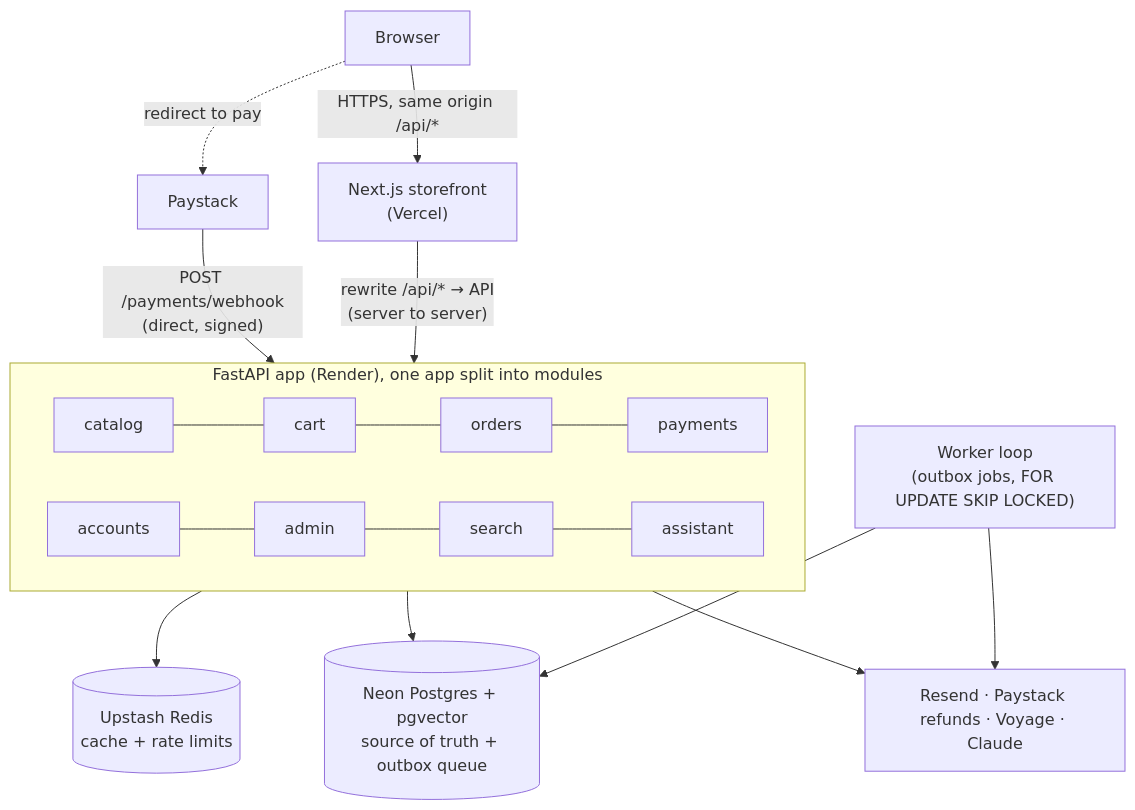
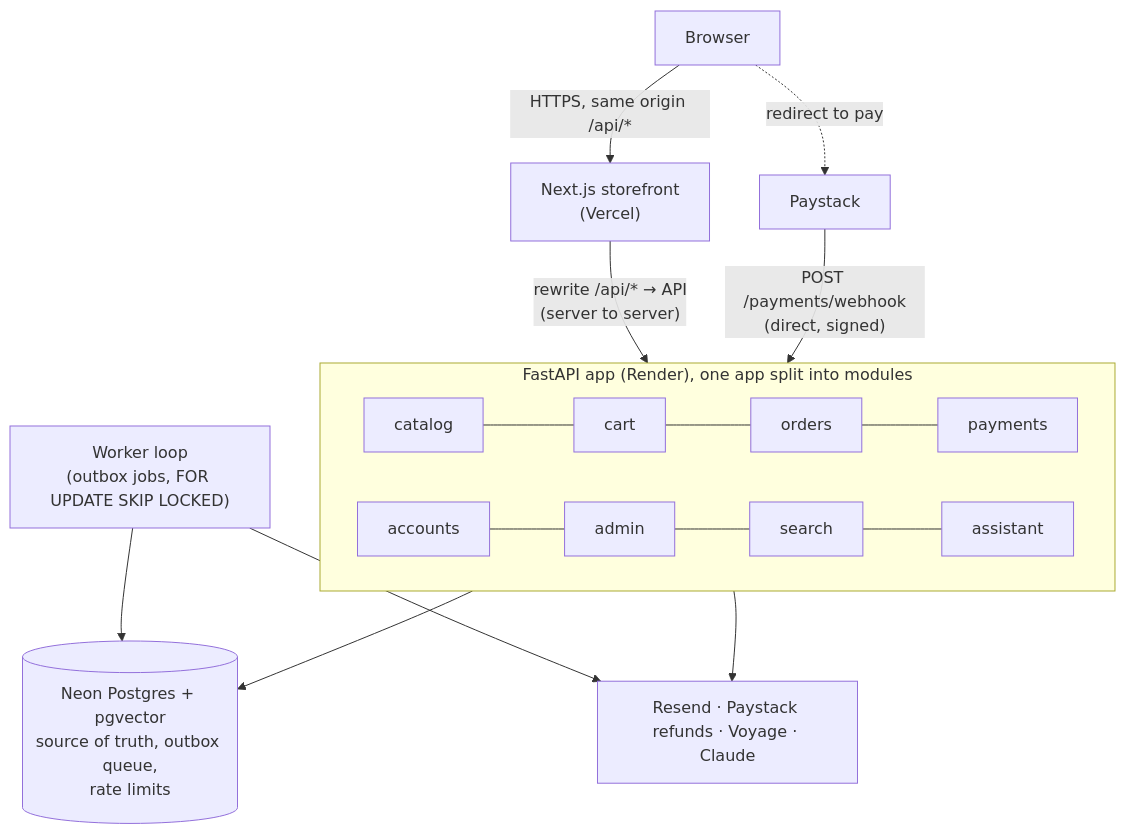
Before and after one commit to Adeyemi-authentic/fashion-store: the first of 4 diagrams in docs/ARCHITECTURE.md, drawn with Mermaid. The commit also changed other lines of this file and 6 other files, not shown here.

First line of the commit message:
Drop Redis: Postgres + Next.js caching (ADR-006)

````diff
--- a/docs/ARCHITECTURE.md
+++ b/docs/ARCHITECTURE.md
@@ -7,19 +7,18 @@
 ```mermaid
 flowchart TB
     B[Browser] -->|"HTTPS, same origin /api/*"| W["Next.js storefront<br/>(Vercel)"]
     W -->|"rewrite /api/* → API<br/>(server to server)"| A
     P[Paystack] -->|"POST /payments/webhook<br/>(direct, signed)"| A
     B -.->|"redirect to pay"| P
 
     subgraph A["FastAPI app (Render), one app split into modules"]
       direction LR
       catalog --- cart --- orders --- payments
       accounts --- admin --- search --- assistant
     end
 
-    A --> DB[("Neon Postgres + pgvector<br/>source of truth + outbox queue")]
-    A --> R[("Upstash Redis<br/>cache + rate limits")]
+    A --> DB[("Neon Postgres + pgvector<br/>source of truth, outbox queue,<br/>rate limits")]
     WK["Worker loop<br/>(outbox jobs, FOR UPDATE SKIP LOCKED)"] --> DB
     WK --> EXT["Resend · Paystack refunds · Voyage · Claude"]
     A --> EXT
 ```
````
